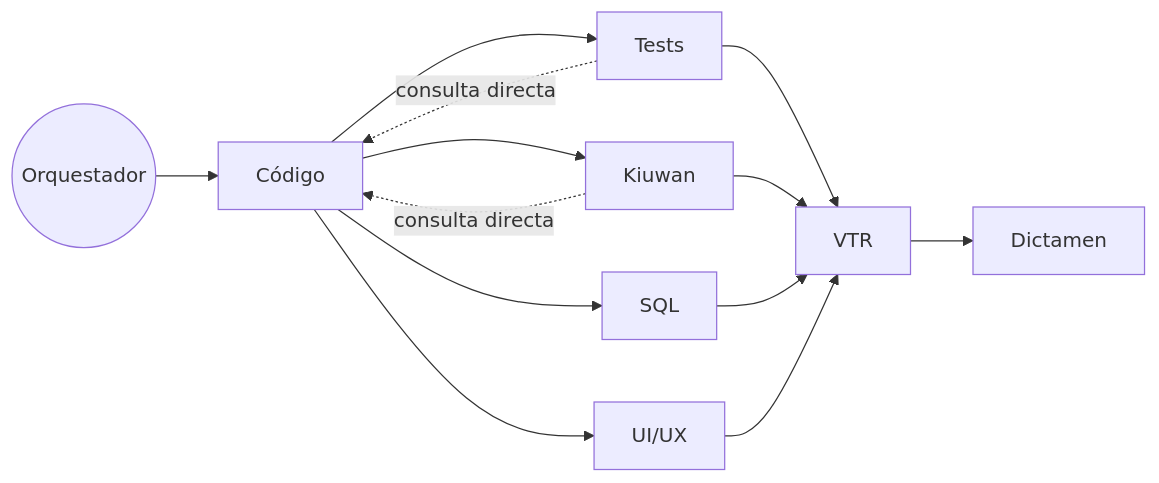
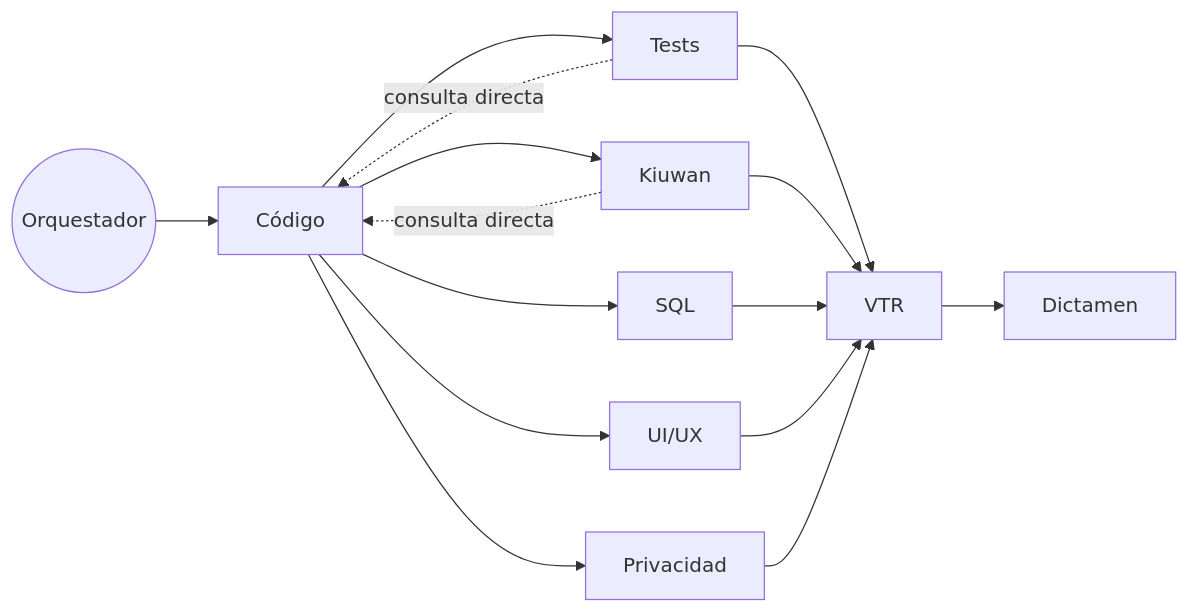
The first of 2 diagrams in README.md (centralcordoba/agentorchestrator), drawn with Mermaid before and after one commit. The commit also changed other lines of this file and 40 other files, not shown here.

````diff
--- a/README.md
+++ b/README.md
@@ -57,15 +59,17 @@
 ```mermaid
 flowchart LR
     O((Orquestador)) --> C[Código]
     C --> T[Tests]
     C --> K[Kiuwan]
     C --> S[SQL]
     C --> U[UI/UX]
+    C --> P[Privacidad]
     T --> V[VTR]
     K --> V
     S --> V
     U --> V
+    P --> V
     V --> D[Dictamen]
     K -. consulta directa .-> C
     T -. consulta directa .-> C
 ```
````
